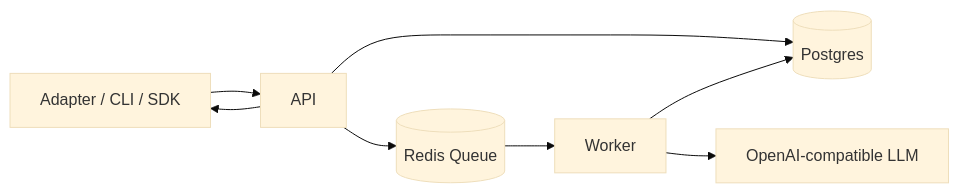
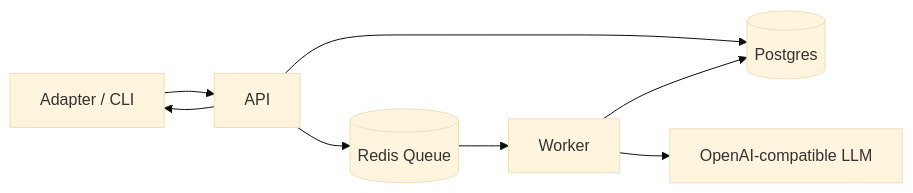
One commit to yul761/ProjectMemory changed the first of 2 diagrams in docs/technical-overview.md. Above: the diagram before and after it, drawn with Mermaid (base theme). The commit also changed other lines of this file and 12 other files, not shown here.

````diff
--- a/docs/technical-overview.md
+++ b/docs/technical-overview.md
@@ -27,10 +27,10 @@
 ```mermaid
 flowchart LR
-  U[Adapter / CLI / SDK] --> A[API]
+  U[Adapter / CLI] --> A[API]
   A --> DB[(Postgres)]
   A --> Q[(Redis Queue)]
   Q --> W[Worker]
   W --> DB
   W --> LLM[OpenAI-compatible LLM]
   A --> U
 ```
````
